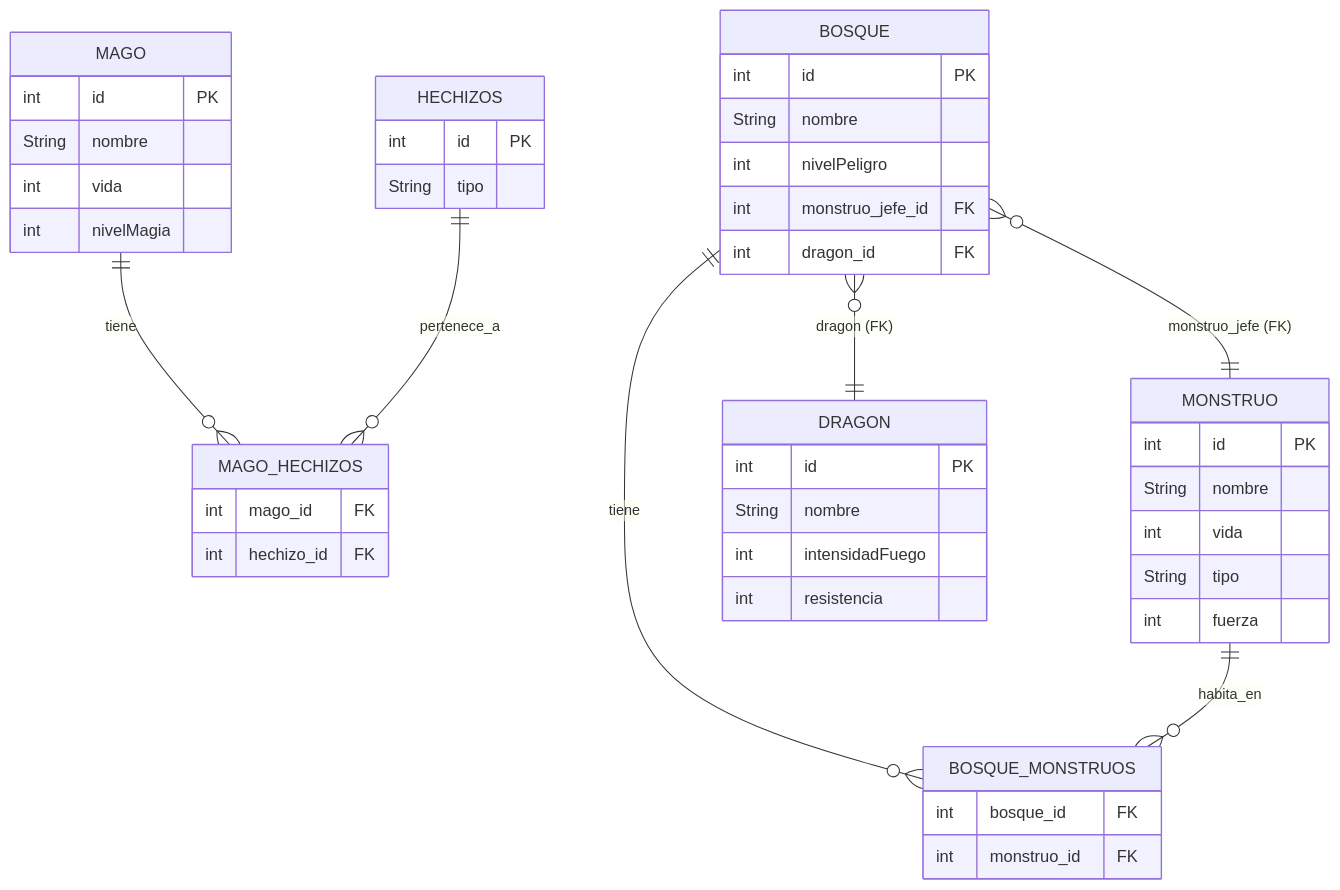
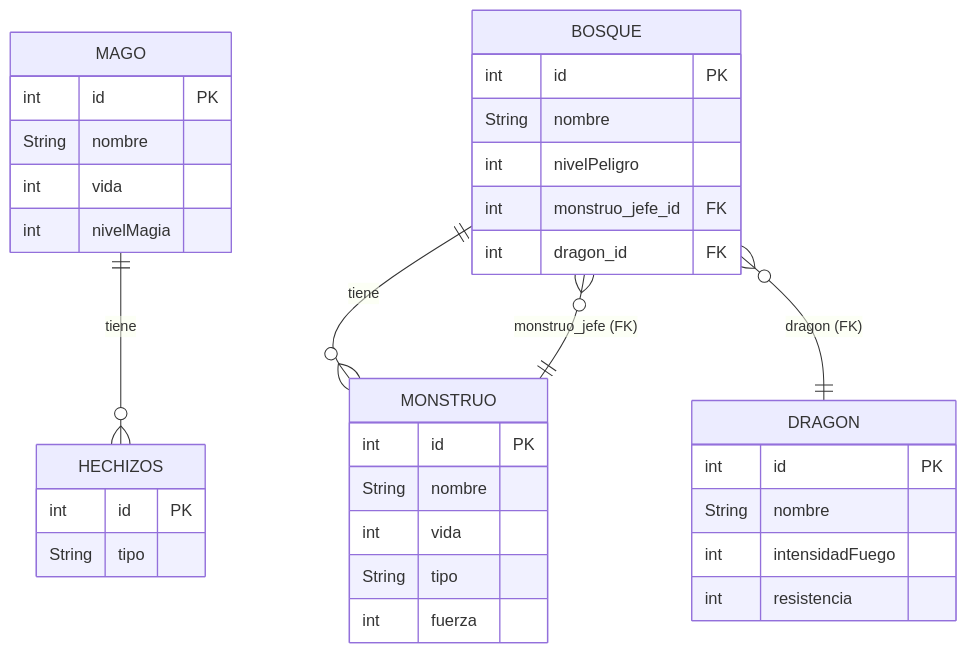
One commit to a19albertons/dragolandia changed the second of 2 diagrams in dragonlandia/demo/readme.md. Above: the diagram before and after it, drawn with Mermaid.

Commit message:
Resolucion de relaciones arreglado

````diff
--- a/dragonlandia/demo/readme.md
+++ b/dragonlandia/demo/readme.md
@@ -81,54 +81,44 @@
 ``` mermaid
 erDiagram
     MAGO {
         int id PK
         String nombre
         int vida
         int nivelMagia
     }
     HECHIZOS {
         int id PK
         String tipo       
-    }
-    MAGO_HECHIZOS {
-        int mago_id FK
-        int hechizo_id FK
     }
 
     MONSTRUO {
         int id PK
         String nombre
         int vida
         String tipo
         int fuerza
     }
 
     BOSQUE {
         int id PK
         String nombre
         int nivelPeligro
         int monstruo_jefe_id FK
         int dragon_id FK
     }
-    BOSQUE_MONSTRUOS {
-        int bosque_id FK
-        int monstruo_id FK
-    }
 
     DRAGON {
         int id PK
         String nombre
         int intensidadFuego
         int resistencia
     }
 
     %% Relaciones (expresadas textualmente)
-    MAGO ||--o{ MAGO_HECHIZOS : tiene
-    HECHIZOS ||--o{ MAGO_HECHIZOS : pertenece_a
+    MAGO ||--o{ HECHIZOS : tiene
 
-    BOSQUE ||--o{ BOSQUE_MONSTRUOS : tiene
-    MONSTRUO ||--o{ BOSQUE_MONSTRUOS : habita_en
+    BOSQUE ||--o{ MONSTRUO : tiene
 
     BOSQUE }o--|| MONSTRUO : "monstruo_jefe (FK)"
     BOSQUE }o--|| DRAGON : "dragon (FK)" 
 ```
````
